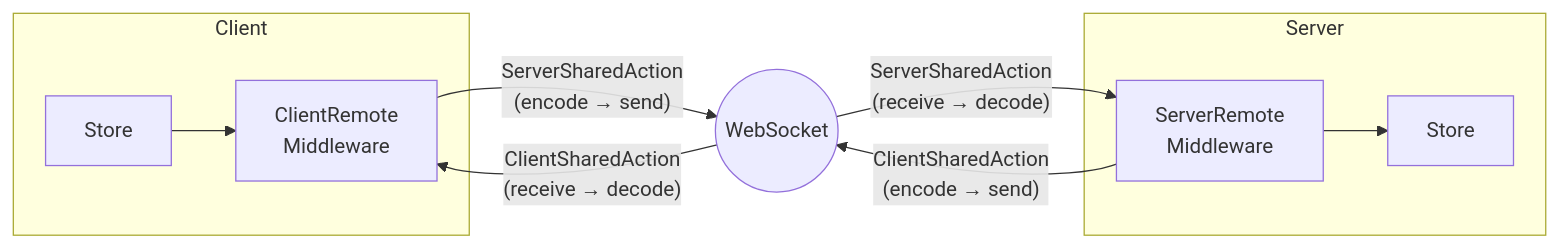
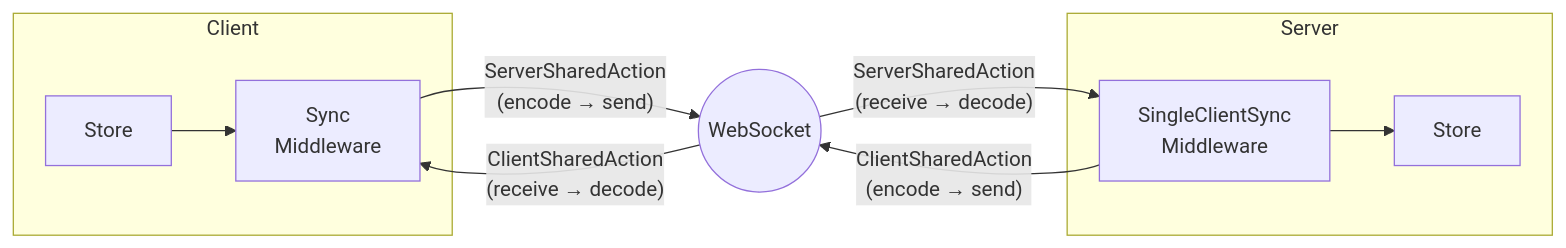
One commit to chibimoons/flowdux changed the diagram in docs/guide/remote.md. Above: the diagram before and after it, drawn with Mermaid. The commit also changed other lines of this file and 37 other files, not shown here.

First line of the commit message:
refactor(remote): rename middleware classes for clarity

````diff
--- a/docs/guide/remote.md
+++ b/docs/guide/remote.md
@@ -7,16 +7,16 @@
 ```mermaid
 flowchart LR
     subgraph Client
-        CS["Store"] --> CRM["ClientRemote<br/>Middleware"]
+        CS["Store"] --> SM["Sync<br/>Middleware"]
     end
 
-    CRM -- "ServerSharedAction<br/>(encode → send)" --> WS(("WebSocket"))
-    WS -- "ClientSharedAction<br/>(receive → decode)" --> CRM
+    SM -- "ServerSharedAction<br/>(encode → send)" --> WS(("WebSocket"))
+    WS -- "ClientSharedAction<br/>(receive → decode)" --> SM
 
     subgraph Server
-        SRM["ServerRemote<br/>Middleware"] --> SS["Store"]
+        SSM["SingleClientSync<br/>Middleware"] --> SS["Store"]
     end
 
-    WS -- "ServerSharedAction<br/>(receive → decode)" --> SRM
-    SRM -- "ClientSharedAction<br/>(encode → send)" --> WS
+    WS -- "ServerSharedAction<br/>(receive → decode)" --> SSM
+    SSM -- "ClientSharedAction<br/>(encode → send)" --> WS
 ```
````
